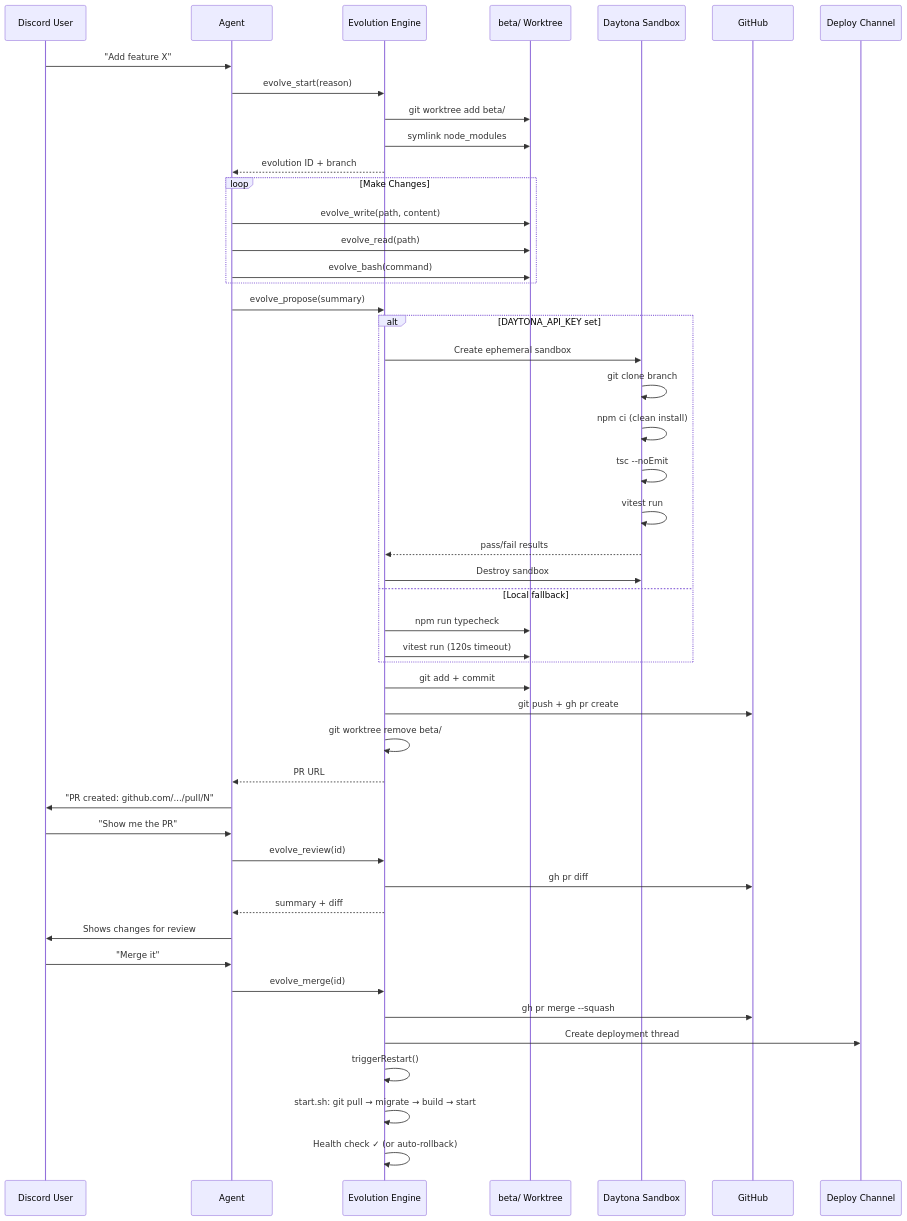
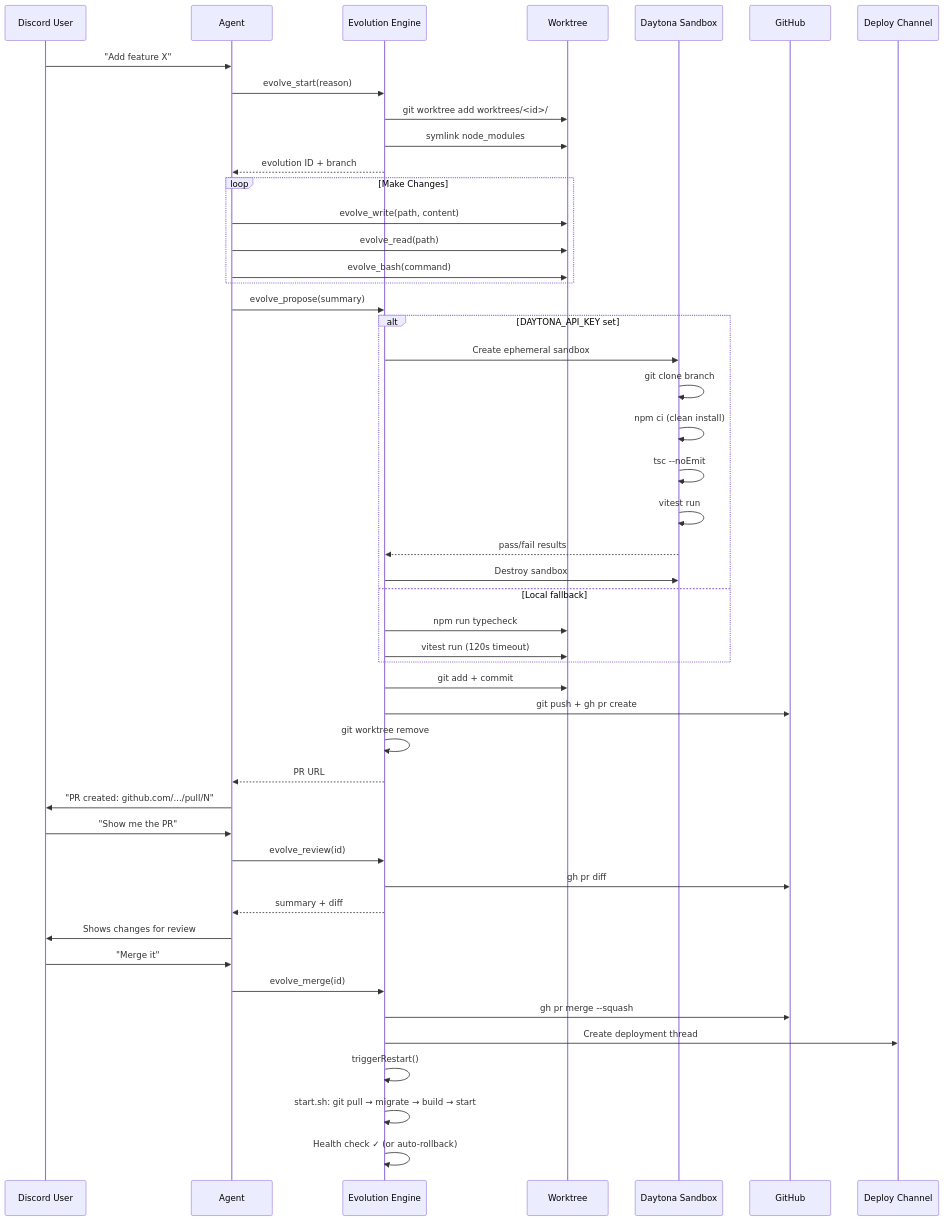
Before and after one commit to NaichuanZhang/discord-claw: the tenth of 10 diagrams in README.md, drawn with Mermaid. The commit also changed other lines of this file and 2 other files, not shown here.

````diff
--- a/README.md
+++ b/README.md
@@ -834,58 +859,58 @@
 ```mermaid
 sequenceDiagram
     participant U as Discord User
     participant A as Agent
     participant E as Evolution Engine
-    participant W as beta/ Worktree
+    participant W as Worktree
     participant S as Daytona Sandbox
     participant GH as GitHub
     participant DC as Deploy Channel
 
     U->>A: "Add feature X"
     A->>E: evolve_start(reason)
-    E->>W: git worktree add beta/
+    E->>W: git worktree add worktrees/<id>/
     E->>W: symlink node_modules
     E-->>A: evolution ID + branch
 
     loop Make Changes
         A->>W: evolve_write(path, content)
         A->>W: evolve_read(path)
         A->>W: evolve_bash(command)
     end
 
     A->>E: evolve_propose(summary)
 
     alt DAYTONA_API_KEY set
         E->>S: Create ephemeral sandbox
         S->>S: git clone branch
         S->>S: npm ci (clean install)
         S->>S: tsc --noEmit
         S->>S: vitest run
         S-->>E: pass/fail results
         E->>S: Destroy sandbox
     else Local fallback
         E->>W: npm run typecheck
         E->>W: vitest run (120s timeout)
     end
 
     E->>W: git add + commit
     E->>GH: git push + gh pr create
-    E->>E: git worktree remove beta/
+    E->>E: git worktree remove
     E-->>A: PR URL
 
     A->>U: "PR created: github.com/.../pull/N"
 
     U->>A: "Show me the PR"
     A->>E: evolve_review(id)
     E->>GH: gh pr diff
     E-->>A: summary + diff
     A->>U: Shows changes for review
 
     U->>A: "Merge it"
     A->>E: evolve_merge(id)
     E->>GH: gh pr merge --squash
     E->>DC: Create deployment thread
     E->>E: triggerRestart()
     E->>E: start.sh: git pull → migrate → build → start
     E->>E: Health check ✓ (or auto-rollback)
 ```
````
